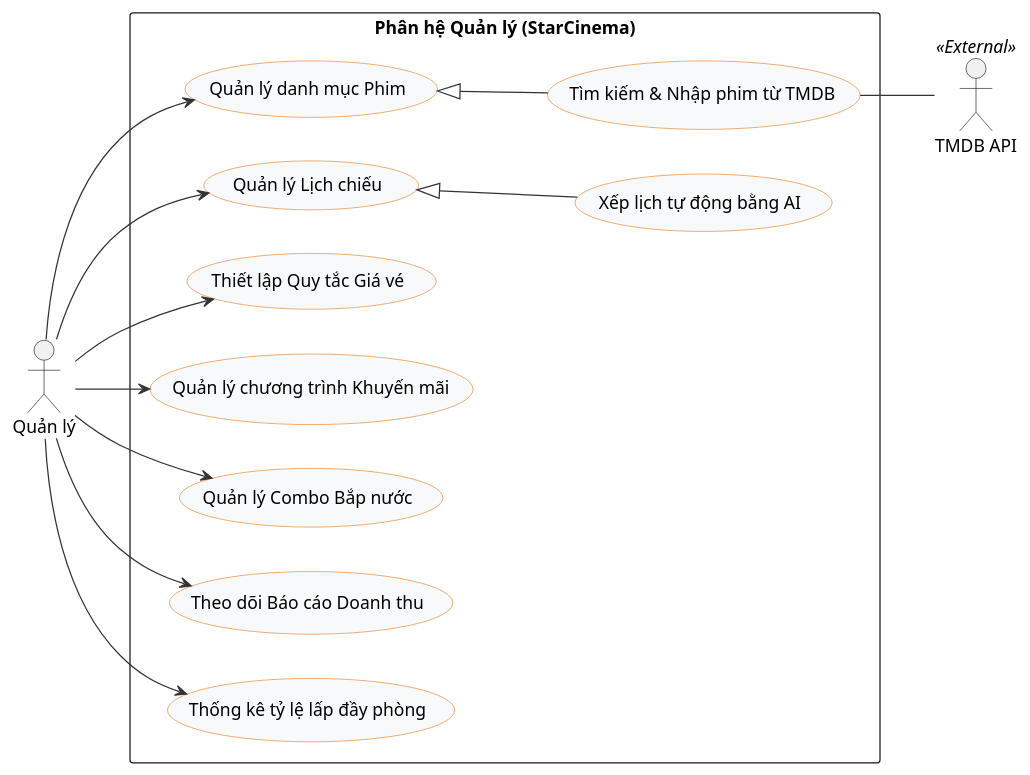
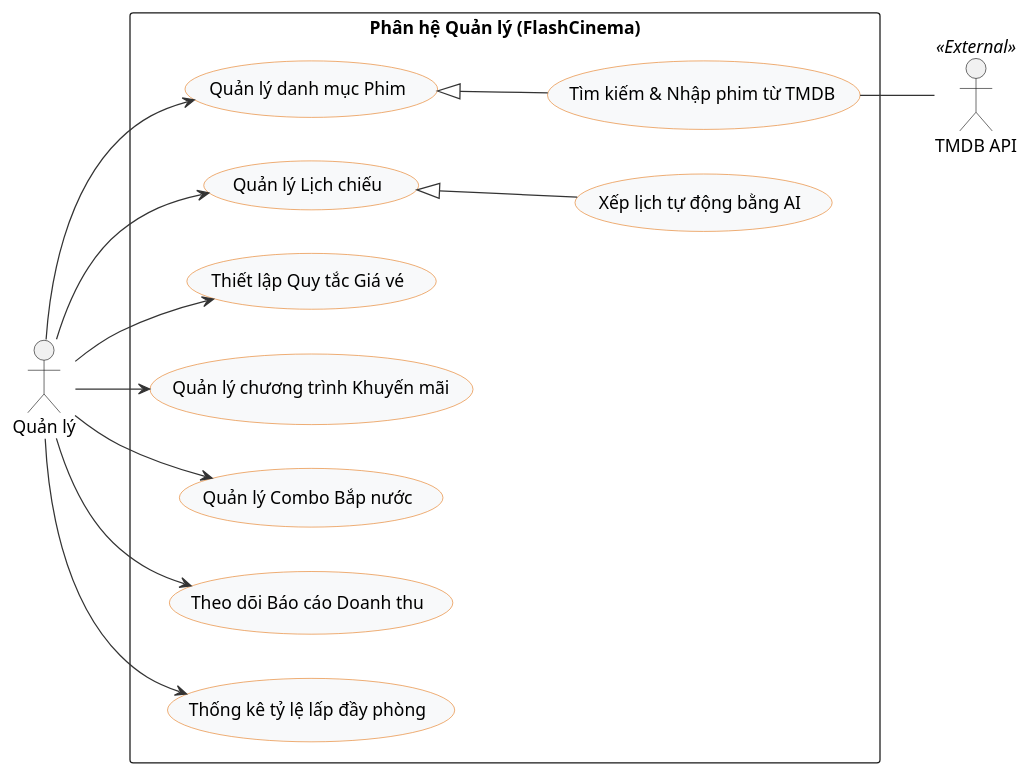
The diagram in report/2.0-Yêu cầu nghiệp vụ/2.2-Phân tích hệ thống (UML Diagrams)/2.2.1.Sơ đồ Use Case/manager_use_case.puml (vothnha26/Cinema-Management-System), drawn with PlantUML before and after one commit. The commit also changed 50 other files, not shown here.

```diff
--- a/report/2.0-Yêu cầu nghiệp vụ/2.2-Phân tích hệ thống (UML Diagrams)/2.2.1.Sơ đồ Use Case/manager_use_case.puml
+++ b/report/2.0-Yêu cầu nghiệp vụ/2.2-Phân tích hệ thống (UML Diagrams)/2.2.1.Sơ đồ Use Case/manager_use_case.puml
@@ -1,41 +1,41 @@
 @startuml manager_use_case
 left to right direction
 skinparam backgroundColor #FFFFFF
 skinparam usecase {
     BackgroundColor #F8F9FA
     BorderColor #E67E22
     ArrowColor #333333
 }
 
 actor "Quản lý" as Manager
 actor "TMDB API" as TMDB <<External>>
 
-rectangle "Phân hệ Quản lý (StarCinema)" {
+rectangle "Phân hệ Quản lý (FlashCinema)" {
     usecase "Quản lý danh mục Phim" as UC_Movies
     usecase "Tìm kiếm & Nhập phim từ TMDB" as UC_TMDB
     
     usecase "Quản lý Lịch chiếu" as UC_Showtimes
     usecase "Xếp lịch tự động bằng AI" as UC_AI_Showtime
     
     usecase "Thiết lập Quy tắc Giá vé" as UC_Pricing
     usecase "Quản lý chương trình Khuyến mãi" as UC_Promotions
     
     usecase "Quản lý Combo Bắp nước" as UC_Combos
     usecase "Theo dõi Báo cáo Doanh thu" as UC_Revenue
     usecase "Thống kê tỷ lệ lấp đầy phòng" as UC_Stats
     
     UC_Movies <|-- UC_TMDB
     UC_Showtimes <|-- UC_AI_Showtime
 }
 
 Manager --> UC_Movies
 Manager --> UC_Showtimes
 Manager --> UC_Pricing
 Manager --> UC_Promotions
 Manager --> UC_Combos
 Manager --> UC_Revenue
 Manager --> UC_Stats
 
 UC_TMDB -- TMDB
 
 @enduml
```
